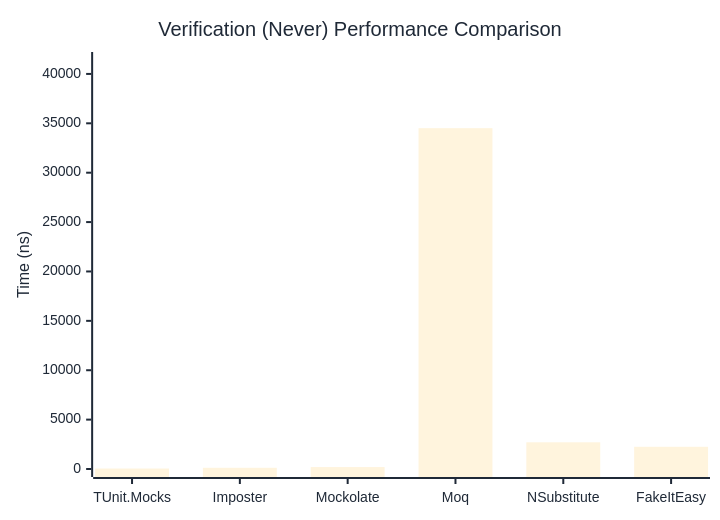
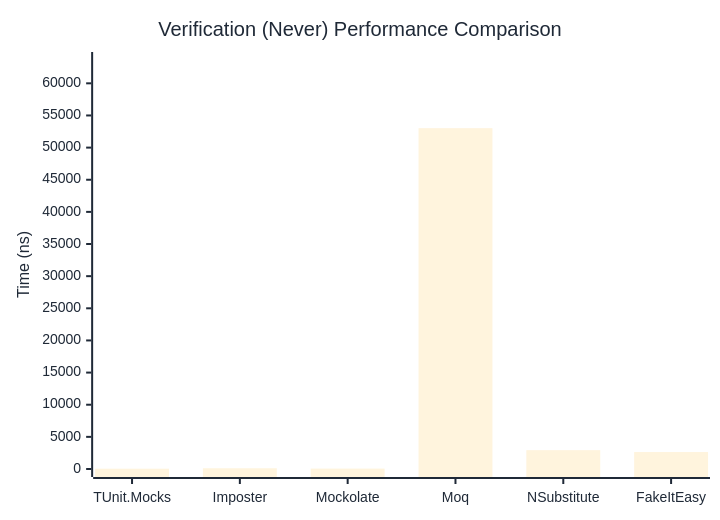
Before and after one commit to thomhurst/TUnit: the second of 3 diagrams in docs/docs/benchmarks/mocks/Verification.md, drawn with Mermaid. The commit also changed other lines of this file and 14 other files, not shown here.

````diff
--- a/docs/docs/benchmarks/mocks/Verification.md
+++ b/docs/docs/benchmarks/mocks/Verification.md
@@ -71,27 +71,27 @@
 ```mermaid
 %%{init: {
   'theme':'base',
   'themeVariables': {
     'primaryColor': '#2563eb',
     'primaryTextColor': '#1f2937',
     'primaryBorderColor': '#1e40af',
     'lineColor': '#6b7280',
     'secondaryColor': '#7c3aed',
     'tertiaryColor': '#dc2626',
     'background': '#ffffff',
     'pie1': '#2563eb',
     'pie2': '#7c3aed',
     'pie3': '#dc2626',
     'pie4': '#f59e0b',
     'pie5': '#10b981',
     'pie6': '#06b6d4',
     'pie7': '#ec4899',
     'pie8': '#6366f1'
   }
 }}%%
 xychart-beta
   title "Verification (Never) Performance Comparison"
   x-axis ["TUnit.Mocks", "Imposter", "Mockolate", "Moq", "NSubstitute", "FakeItEasy"]
-  y-axis "Time (ns)" 0 --> 41410
-  bar [48.07, 121.66, 193.83, 34507.62, 2702.42, 2247.64]
+  y-axis "Time (ns)" 0 --> 63629
+  bar [44.8, 115.49, 62.1, 53023.79, 2930.59, 2636.32]
 ```
````
